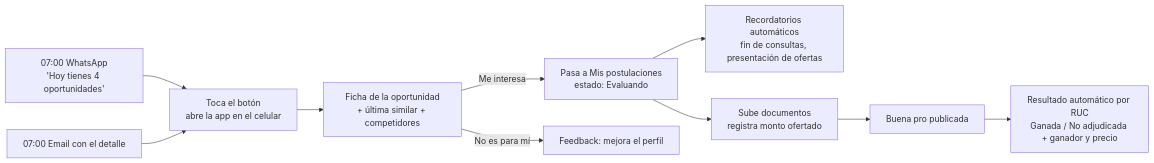
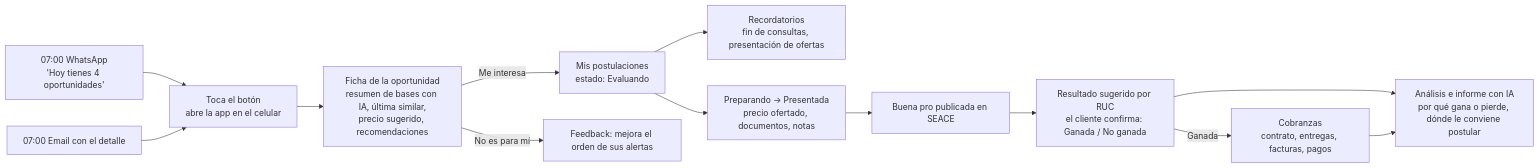
Before and after one commit to FrancoArriaran/licitaciones-app: the second of 2 diagrams in docs/PRODUCT.md, drawn with Mermaid. The commit also changed other lines of this file and 70 other files, not shown here.

````diff
--- a/docs/PRODUCT.md
+++ b/docs/PRODUCT.md
@@ -59,12 +69,15 @@
 ```mermaid
 flowchart LR
   A[07:00 WhatsApp<br/>'Hoy tienes 4 oportunidades'] --> B[Toca el botón<br/>abre la app en el celular]
   A2[07:00 Email con el detalle] --> B
-  B --> C[Ficha de la oportunidad<br/>+ última similar + competidores]
-  C -->|Me interesa| D[Pasa a Mis postulaciones<br/>estado: Evaluando]
-  C -->|No es para mí| E[Feedback: mejora el perfil]
-  D --> F[Recordatorios automáticos<br/>fin de consultas, presentación de ofertas]
-  D --> G[Sube documentos<br/>registra monto ofertado]
-  G --> H[Buena pro publicada]
-  H --> I[Resultado automático por RUC<br/>Ganada / No adjudicada + ganador y precio]
+  B --> C[Ficha de la oportunidad<br/>resumen de bases con IA, última similar,<br/>precio sugerido, recomendaciones]
+  C -->|Me interesa| D[Mis postulaciones<br/>estado: Evaluando]
+  C -->|No es para mí| E[Feedback: mejora el orden de sus alertas]
+  D --> F[Recordatorios<br/>fin de consultas, presentación de ofertas]
+  D --> G[Preparando → Presentada<br/>precio ofertado, documentos, notas]
+  G --> H[Buena pro publicada en SEACE]
+  H --> I[Resultado sugerido por RUC<br/>el cliente confirma: Ganada / No ganada]
+  I -->|Ganada| J[Cobranzas<br/>contrato, entregas, facturas, pagos]
+  I --> K[Análisis e informe con IA<br/>por qué gana o pierde, dónde le conviene postular]
+  J --> K
 ```
````
